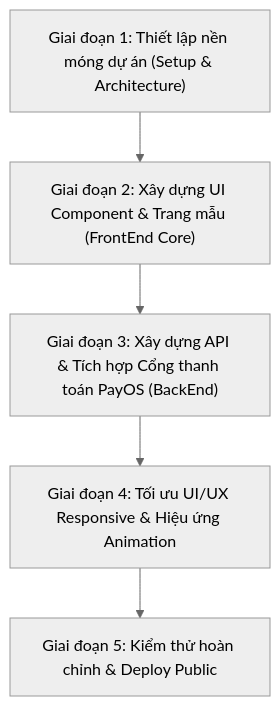
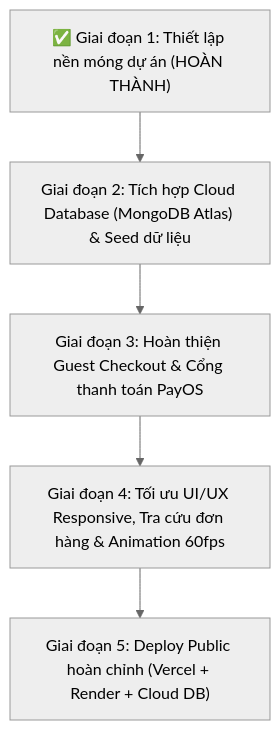
Before and after one commit to Thienkhoaaa/tansacvenhuong: the second of 2 diagrams in PROJECT_PLAN.md, drawn with Mermaid (neutral theme). The commit also changed other lines of this file and 1 other file, not shown here.

Commit message:
docs: update plan with Guest Checkout flow and Cloud Database strategy

````diff
--- a/PROJECT_PLAN.md
+++ b/PROJECT_PLAN.md
@@ -118,13 +159,13 @@
 ```mermaid
 flowchart TD
-    G1["Giai đoạn 1: Thiết lập nền móng dự án (Setup & Architecture)"]
-    G2["Giai đoạn 2: Xây dựng UI Component & Trang mẫu (FrontEnd Core)"]
-    G3["Giai đoạn 3: Xây dựng API & Tích hợp Cổng thanh toán PayOS (BackEnd)"]
-    G4["Giai đoạn 4: Tối ưu UI/UX Responsive & Hiệu ứng Animation"]
-    G5["Giai đoạn 5: Kiểm thử hoàn chỉnh & Deploy Public"]
+    G1["✅ Giai đoạn 1: Thiết lập nền móng dự án (HOÀN THÀNH)"]
+    G2["Giai đoạn 2: Tích hợp Cloud Database (MongoDB Atlas) & Seed dữ liệu"]
+    G3["Giai đoạn 3: Hoàn thiện Guest Checkout & Cổng thanh toán PayOS"]
+    G4["Giai đoạn 4: Tối ưu UI/UX Responsive, Tra cứu đơn hàng & Animation 60fps"]
+    G5["Giai đoạn 5: Deploy Public hoàn chỉnh (Vercel + Render + Cloud DB)"]
 
     G1 --> G2
     G2 --> G3
     G3 --> G4
     G4 --> G5
 ```
````
